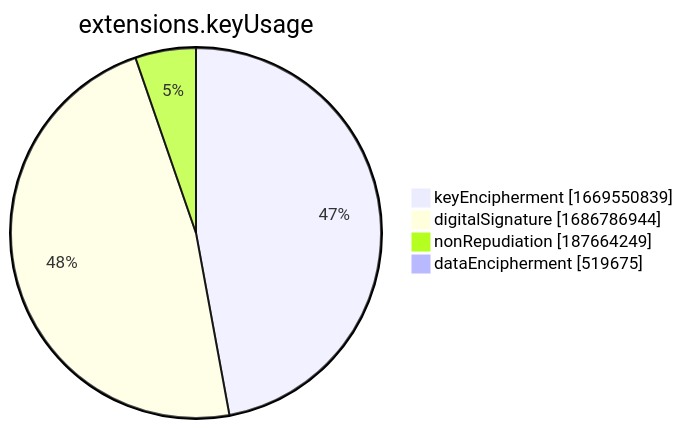
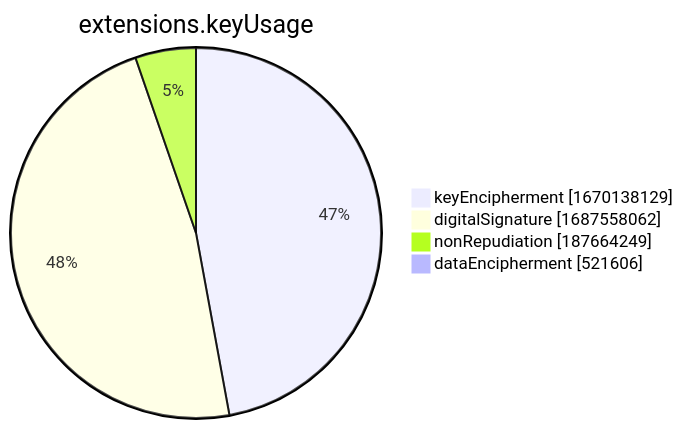
One commit to christiankrug/ctmonitor_visualization changed the seventh of 15 diagrams in xenon2022/README.md. Above: the diagram before and after it, drawn with Mermaid. The commit also changed other lines of this file, not shown here.

````diff
--- a/xenon2022/README.md
+++ b/xenon2022/README.md
@@ -2857,8 +2857,8 @@
 ```mermaid
 pie showData
 title extensions.keyUsage
-"keyEncipherment" :1669550839
-"digitalSignature" :1686786944
+"keyEncipherment" :1670138129
+"digitalSignature" :1687558062
 "nonRepudiation" :187664249
-"dataEncipherment" :519675
+"dataEncipherment" :521606
 ```
````
